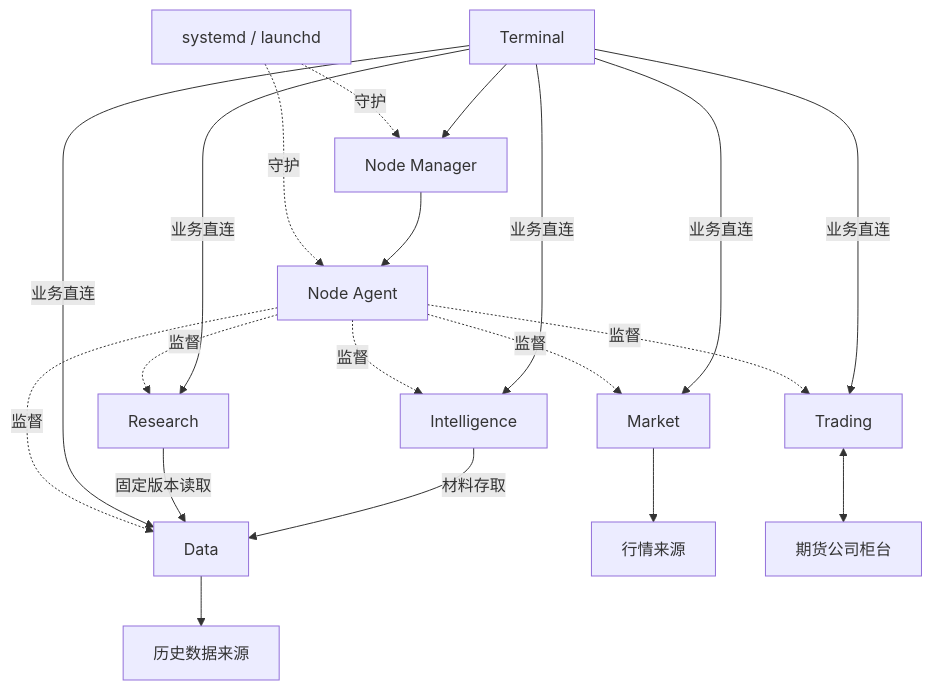
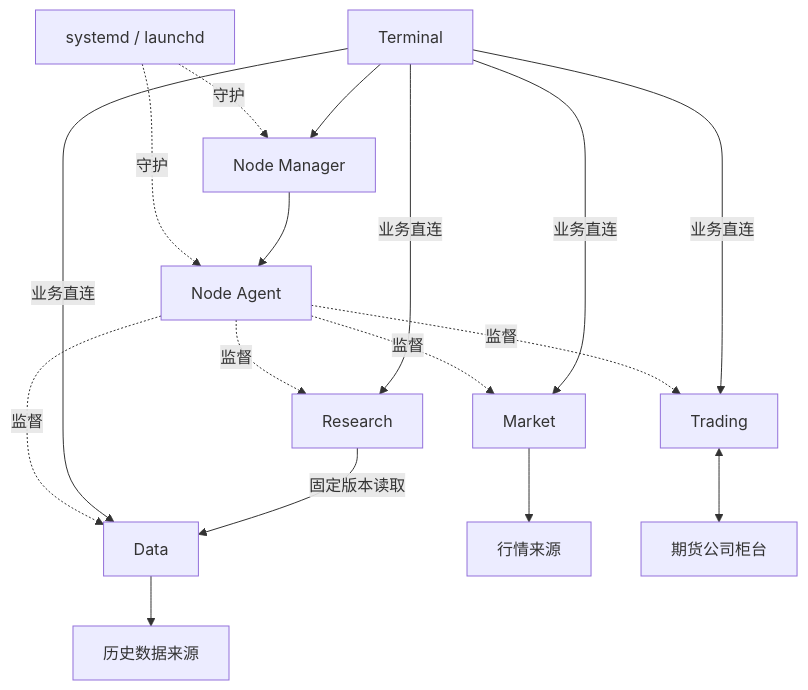
The second of 2 diagrams in docs/architecture.md (isqiwen/asterion-terminal), drawn with Mermaid before and after one commit. The commit also changed other lines of this file and 137 other files, not shown here.

First line of the commit message:
refactor: remove the Intelligence service and make Market a top-level entry

````diff
--- a/docs/architecture.md
+++ b/docs/architecture.md
@@ -42,14 +42,13 @@
 ```mermaid
 flowchart TB
   OS[systemd / launchd] -.守护.-> Manager[Node Manager]
   OS -.守护.-> Agent[Node Agent]
   Terminal --> Manager
   Manager --> Agent
-  Agent -.监督.-> Market & Data & Research & Intelligence & Trading
-  Terminal -->|业务直连| Market & Data & Research & Intelligence & Trading
+  Agent -.监督.-> Market & Data & Research & Trading
+  Terminal -->|业务直连| Market & Data & Research & Trading
   Research -->|固定版本读取| Data
-  Intelligence -->|材料存取| Data
   Market --> Provider[行情来源]
   Data --> Provider2[历史数据来源]
   Trading <--> Broker[期货公司柜台]
 ```
````
